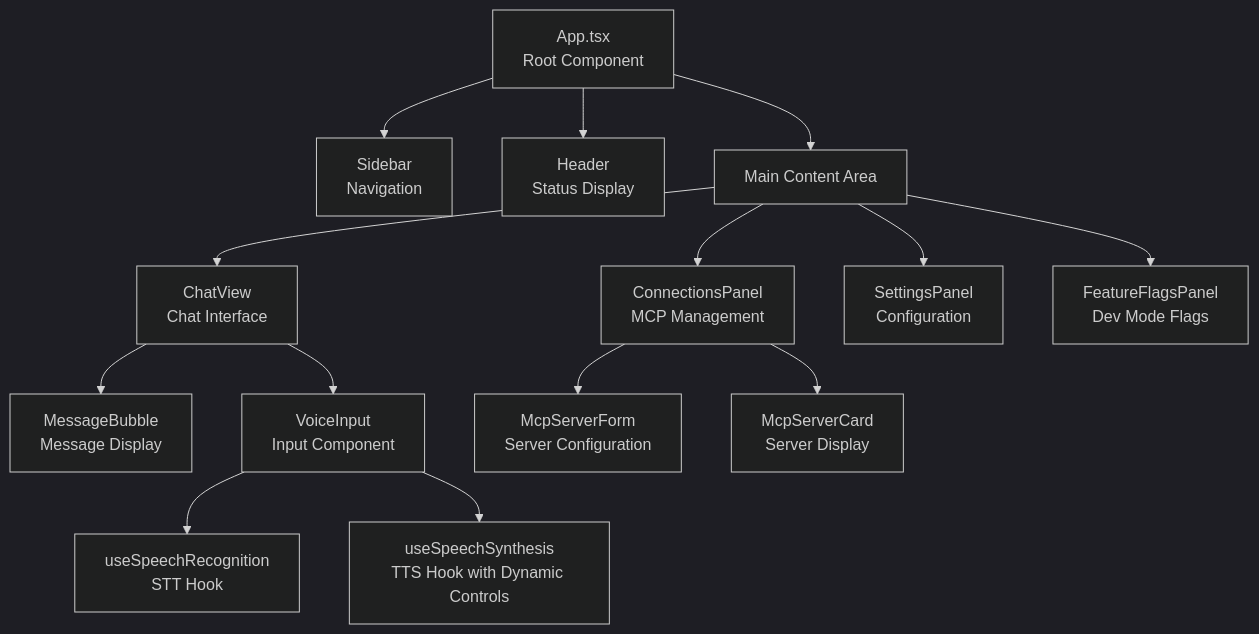
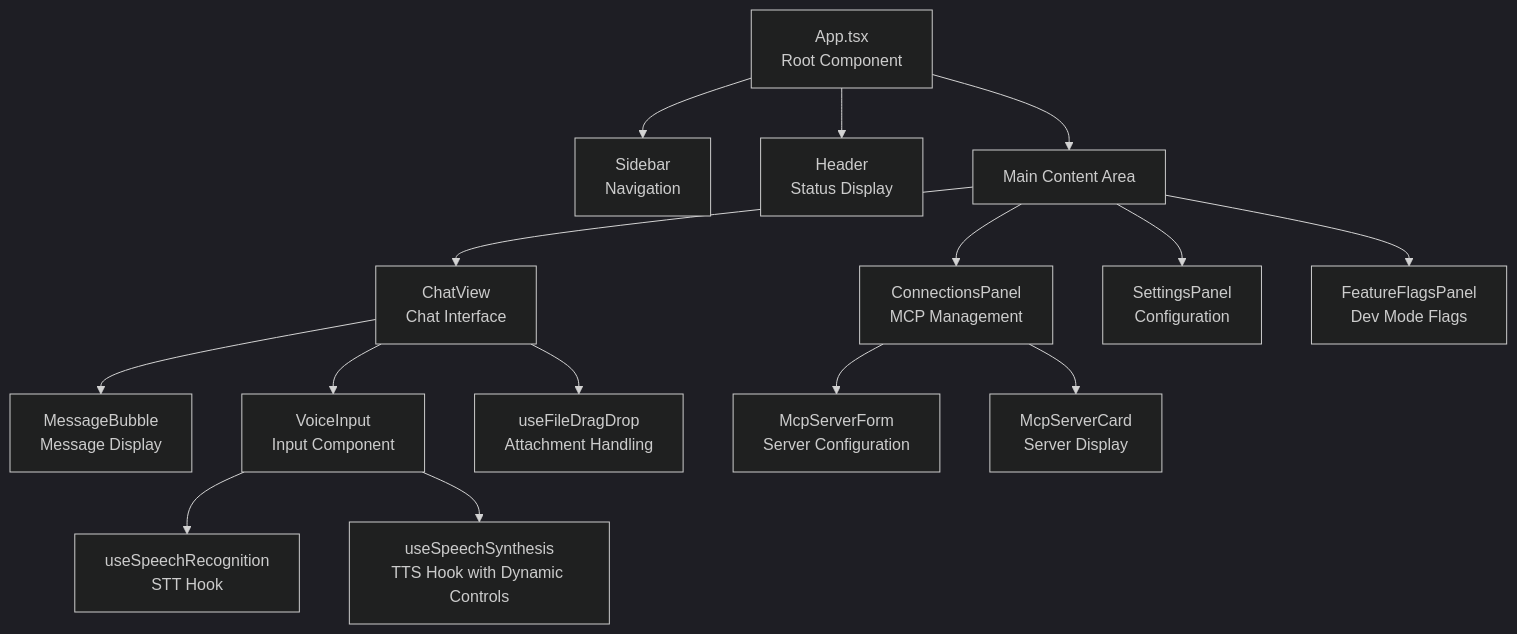
One commit to meharajM/ai-worker.app changed the fifth of 30 diagrams in architecture.md. Above: the diagram before and after it, drawn with Mermaid (dark theme). The commit also changed other lines of this file and 9 other files, not shown here.

Commit message:
refactor: update architecture and remove obsolete docs

````diff
--- a/architecture.md
+++ b/architecture.md
@@ -211,22 +213,23 @@
 ```mermaid
 graph TD
     App[App.tsx<br/>Root Component]
 
     App --> Sidebar[Sidebar<br/>Navigation]
     App --> Header[Header<br/>Status Display]
     App --> Main[Main Content Area]
 
     Main --> ChatView[ChatView<br/>Chat Interface]
     Main --> ConnectionsPanel[ConnectionsPanel<br/>MCP Management]
     Main --> SettingsPanel[SettingsPanel<br/>Configuration]
     Main --> FeatureFlagsPanel[FeatureFlagsPanel<br/>Dev Mode Flags]
     
     ChatView --> MessageBubble[MessageBubble<br/>Message Display]
     ChatView --> VoiceInput[VoiceInput<br/>Input Component]
 
     ConnectionsPanel --> McpServerForm[McpServerForm<br/>Server Configuration]
     ConnectionsPanel --> McpServerCard[McpServerCard<br/>Server Display]
 
     VoiceInput --> SpeechRecognition[useSpeechRecognition<br/>STT Hook]
     VoiceInput --> SpeechSynthesis[useSpeechSynthesis<br/>TTS Hook with Dynamic Controls]
+    ChatView --> UseFileDragDrop[useFileDragDrop<br/>Attachment Handling]
 ```
````
